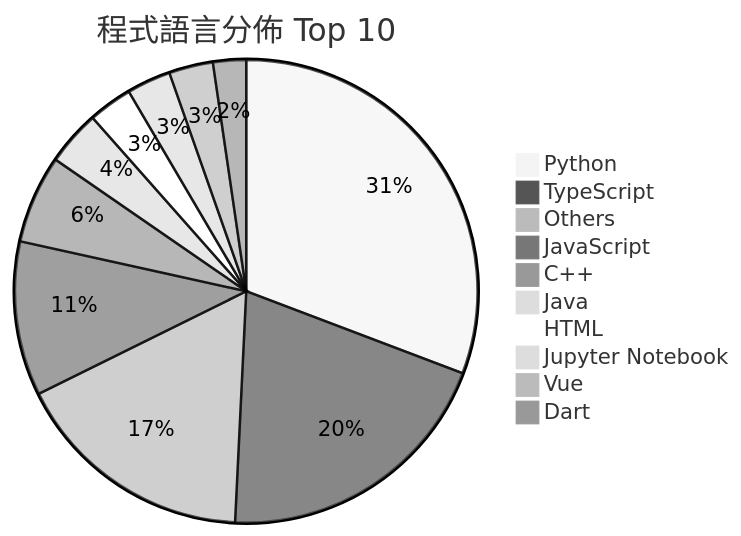
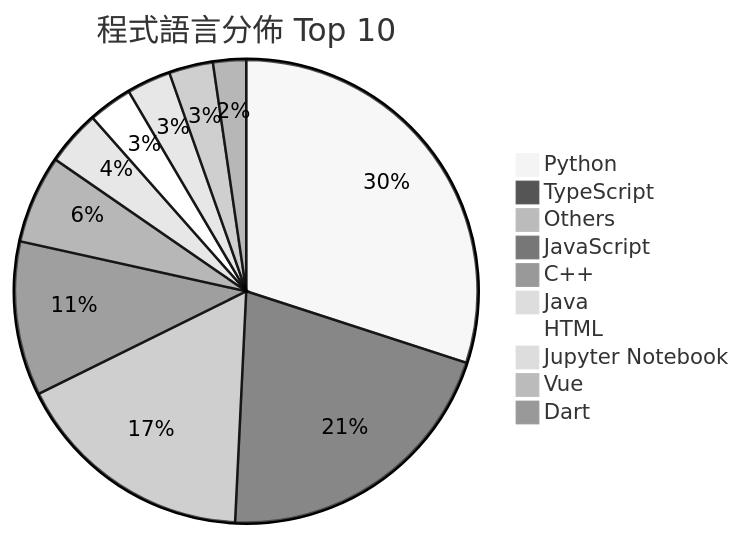
Before and after one commit to Andy87877/GitHub-Star-Manager: the second of 2 diagrams in README.md, drawn with Mermaid (neutral theme). The commit also changed other lines of this file and 16 other files, not shown here.

````diff
--- a/README.md
+++ b/README.md
@@ -27,13 +27,13 @@
 ```mermaid
 pie title 程式語言分佈 Top 10
-    "Python" : 40
-    "TypeScript" : 26
+    "Python" : 39
+    "TypeScript" : 27
     "Others" : 22
     "JavaScript" : 14
     "C++" : 8
     "Java" : 5
     "HTML" : 4
     "Jupyter Notebook" : 4
     "Vue" : 4
     "Dart" : 3
 ```
````
